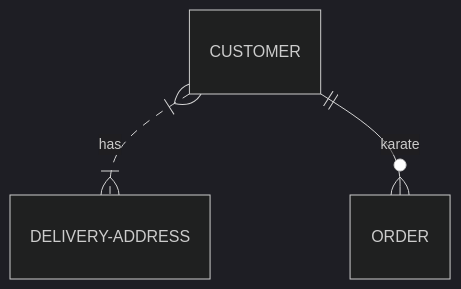
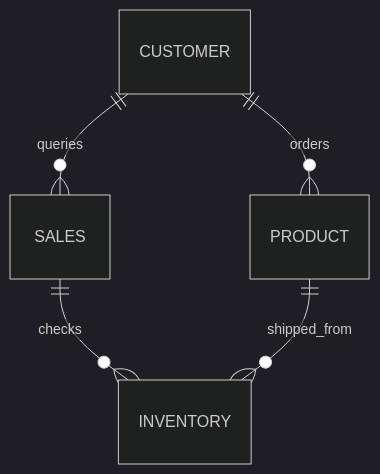
Before and after one commit to bkhamilton1/bkhamilton1.github.io: the diagram in NikeStore_ERD.md, drawn with Mermaid (dark theme).

````diff
--- a/NikeStore_ERD.md
+++ b/NikeStore_ERD.md
@@ -1,5 +1,7 @@
 ```mermaid
 erDiagram
-          CUSTOMER }|..|{ DELIVERY-ADDRESS : has
-          CUSTOMER ||--o{ ORDER : karate
+          CUSTOMER ||--o{ PRODUCT : orders
+          SALES ||--o{ INVENTORY : checks
+          CUSTOMER ||--o{ SALES : queries
+          PRODUCT ||--o{ INVENTORY : shipped_from
 ```
````
